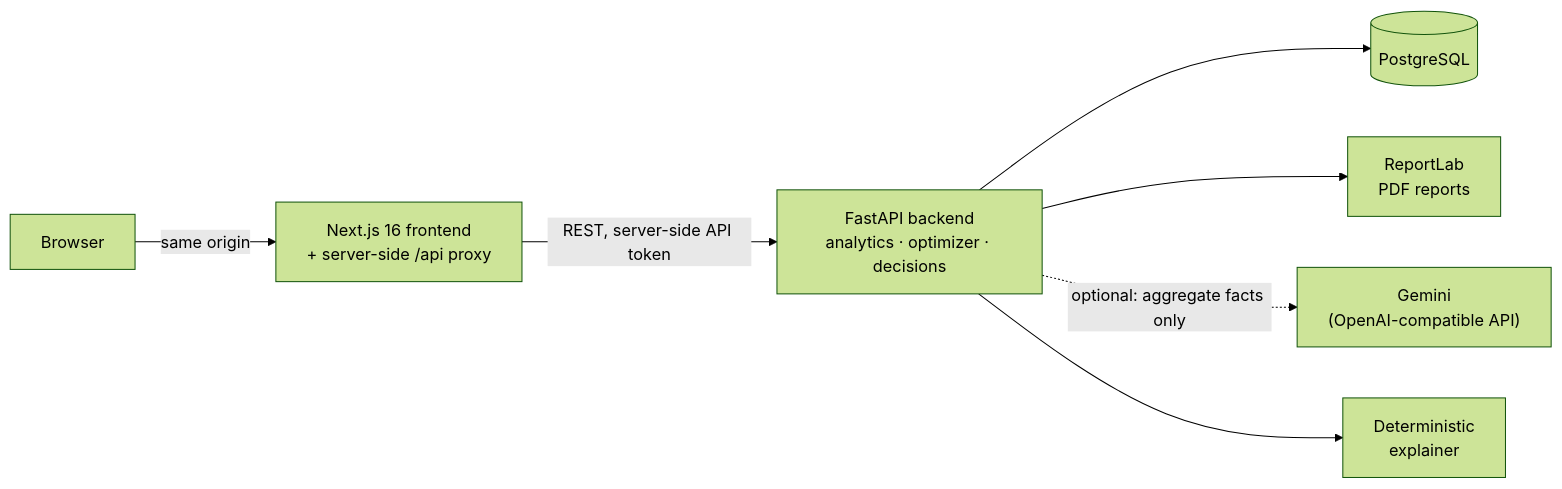
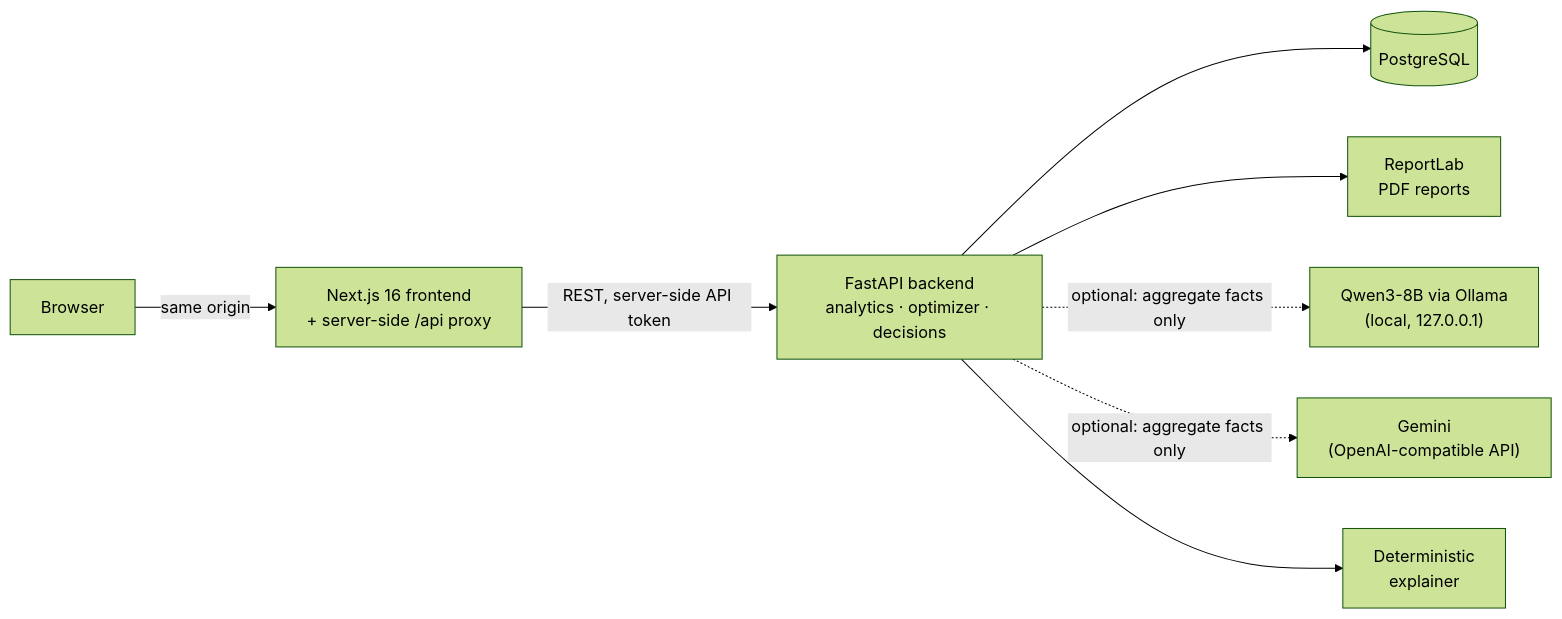
One commit to aibaarito/data-driven-curriculum-edtech changed the second of 2 diagrams in README.md. Above: the diagram before and after it, drawn with Mermaid (forest theme). The commit also changed other lines of this file and 10 other files, not shown here.

````diff
--- a/README.md
+++ b/README.md
@@ -115,9 +115,10 @@
 ```mermaid
 flowchart LR
     U[Browser] -->|same origin| N["Next.js 16 frontend<br/>+ server-side /api proxy"]
     N -->|"REST, server-side API token"| F["FastAPI backend<br/>analytics · optimizer · decisions"]
     F --> P[(PostgreSQL)]
     F --> R["ReportLab<br/>PDF reports"]
+    F -.->|"optional: aggregate facts only"| L["Qwen3-8B via Ollama<br/>(local, 127.0.0.1)"]
     F -.->|"optional: aggregate facts only"| G["Gemini<br/>(OpenAI-compatible API)"]
     F --> D["Deterministic<br/>explainer"]
 ```
````
